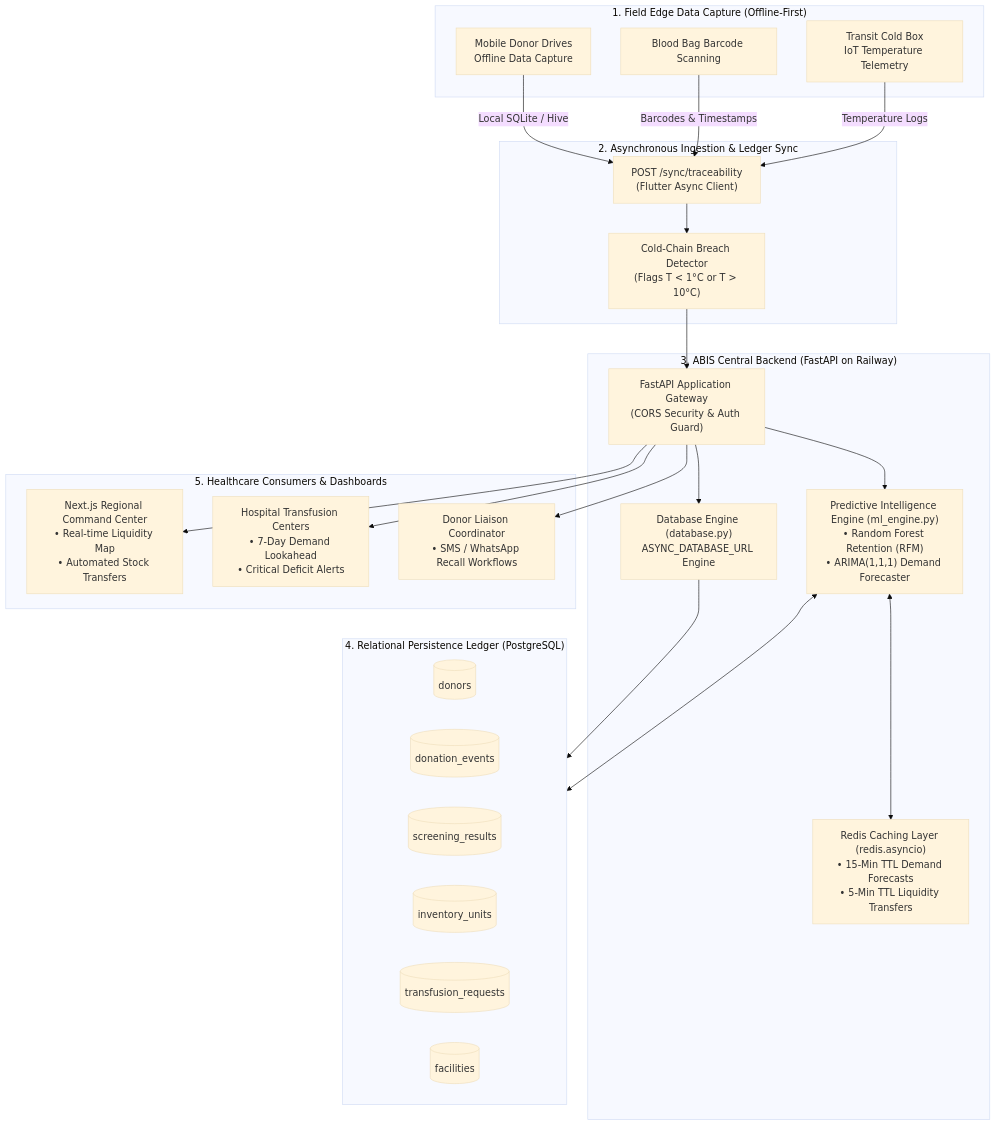
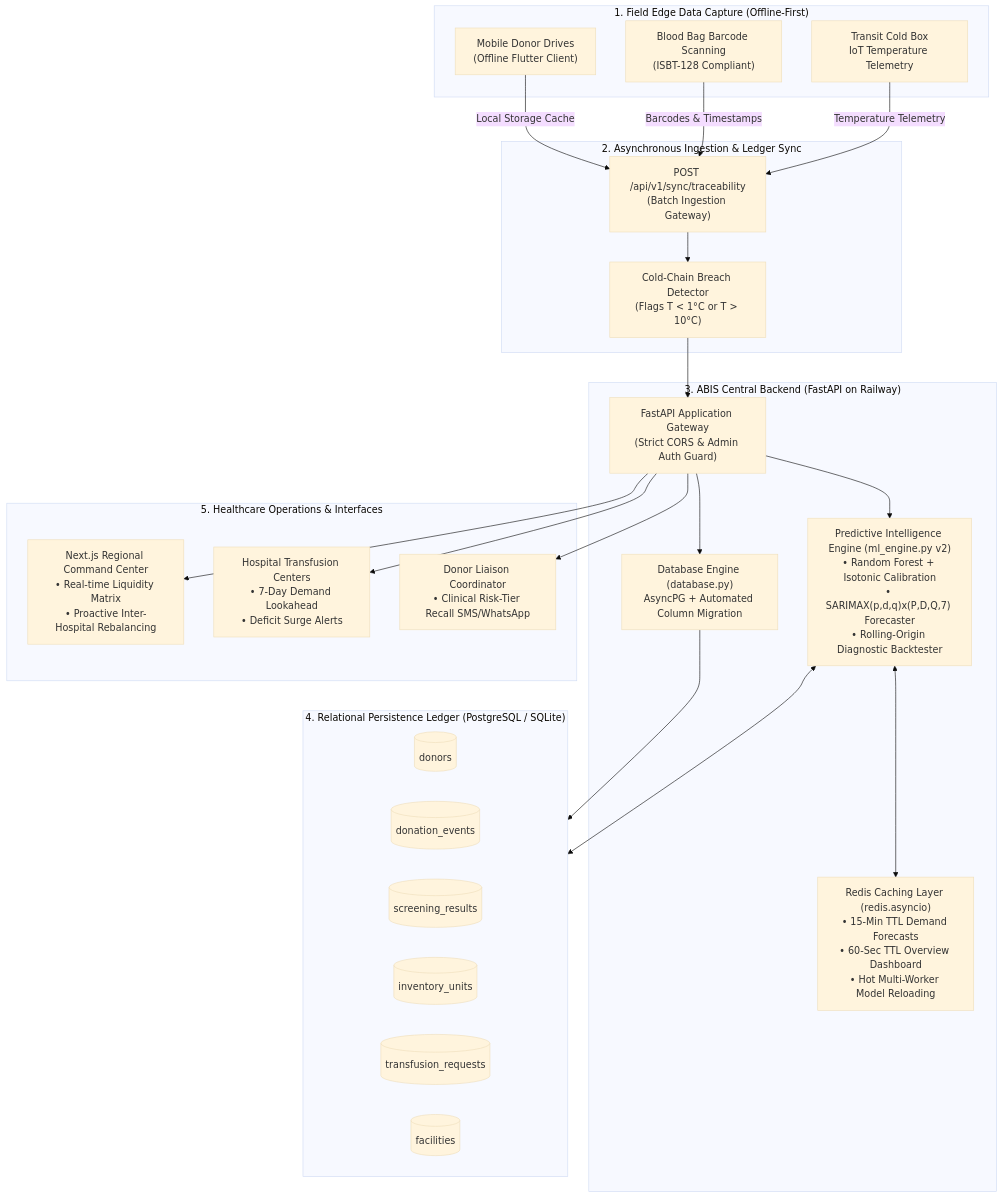
One commit to SamuelGathua/terumo_backend changed the first of 4 diagrams in README.md. Above: the diagram before and after it, drawn with Mermaid (base theme). The commit also changed other lines of this file, not shown here.

````diff
--- a/README.md
+++ b/README.md
@@ -34,49 +40,49 @@
 ```mermaid
 flowchart TB
     subgraph Edge ["1. Field Edge Data Capture (Offline-First)"]
-        A1[Mobile Donor Drives<br/>Offline Data Capture]
-        A2[Blood Bag Barcode Scanning]
-        A3[Transit Cold Box<br/>IoT Temperature Telemetry]
+        A1["Mobile Donor Drives<br/>(Offline Flutter Client)"]
+        A2["Blood Bag Barcode Scanning<br/>(ISBT-128 Compliant)"]
+        A3["Transit Cold Box<br/>IoT Temperature Telemetry"]
     end
 
     subgraph Sync ["2. Asynchronous Ingestion & Ledger Sync"]
-        B1["POST /sync/traceability<br/>(Flutter Async Client)"]
+        B1["POST /api/v1/sync/traceability<br/>(Batch Ingestion Gateway)"]
         B2["Cold-Chain Breach Detector<br/>(Flags T < 1°C or T > 10°C)"]
     end
 
     subgraph CentralEngine ["3. ABIS Central Backend (FastAPI on Railway)"]
-        C1["FastAPI Application Gateway<br/>(CORS Security & Auth Guard)"]
-        C2["Database Engine (database.py)<br/>ASYNC_DATABASE_URL Engine"]
-        C3["Predictive Intelligence Engine (ml_engine.py)<br/>• Random Forest Retention (RFM)<br/>• ARIMA(1,1,1) Demand Forecaster"]
-        C4["Redis Caching Layer (redis.asyncio)<br/>• 15-Min TTL Demand Forecasts<br/>• 5-Min TTL Liquidity Transfers"]
+        C1["FastAPI Application Gateway<br/>(Strict CORS & Admin Auth Guard)"]
+        C2["Database Engine (database.py)<br/>AsyncPG + Automated Column Migration"]
+        C3["Predictive Intelligence Engine (ml_engine.py v2)<br/>• Random Forest + Isotonic Calibration<br/>• SARIMAX(p,d,q)x(P,D,Q,7) Forecaster<br/>• Rolling-Origin Diagnostic Backtester"]
+        C4["Redis Caching Layer (redis.asyncio)<br/>• 15-Min TTL Demand Forecasts<br/>• 60-Sec TTL Overview Dashboard<br/>• Hot Multi-Worker Model Reloading"]
     end
 
-    subgraph Storage ["4. Relational Persistence Ledger (PostgreSQL)"]
+    subgraph Storage ["4. Relational Persistence Ledger (PostgreSQL / SQLite)"]
         D1[(donors)]
         D2[(donation_events)]
         D3[(screening_results)]
         D4[(inventory_units)]
         D5[(transfusion_requests)]
         D6[(facilities)]
     end
 
-    subgraph FrontendConsumers ["5. Healthcare Consumers & Dashboards"]
-        E1["Next.js Regional Command Center<br/>• Real-time Liquidity Map<br/>• Automated Stock Transfers"]
-        E2["Hospital Transfusion Centers<br/>• 7-Day Demand Lookahead<br/>• Critical Deficit Alerts"]
-        E3["Donor Liaison Coordinator<br/>• SMS / WhatsApp Recall Workflows"]
+    subgraph Consumers ["5. Healthcare Operations & Interfaces"]
+        E1["Next.js Regional Command Center<br/>• Real-time Liquidity Matrix<br/>• Proactive Inter-Hospital Rebalancing"]
+        E2["Hospital Transfusion Centers<br/>• 7-Day Demand Lookahead<br/>• Deficit Surge Alerts"]
+        E3["Donor Liaison Coordinator<br/>• Clinical Risk-Tier Recall SMS/WhatsApp"]
     end
 
-    A1 -->|Local SQLite / Hive| B1
+    A1 -->|Local Storage Cache| B1
     A2 -->|Barcodes & Timestamps| B1
-    A3 -->|Temperature Logs| B1
+    A3 -->|Temperature Telemetry| B1
     B1 --> B2
     B2 --> C1
     C1 --> C2
     C2 --> Storage
     C1 --> C3
     C3 <--> C4
     C3 <--> Storage
     C1 --> E1
     C1 --> E2
     C1 --> E3
 ```
````
